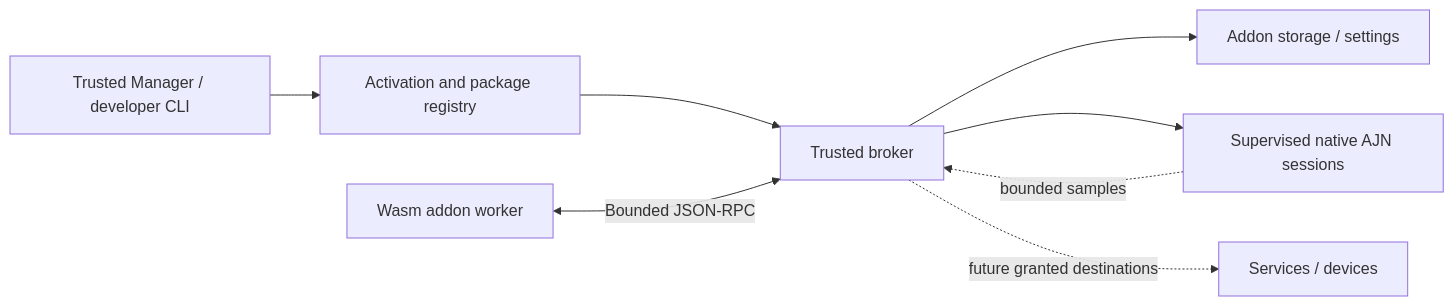
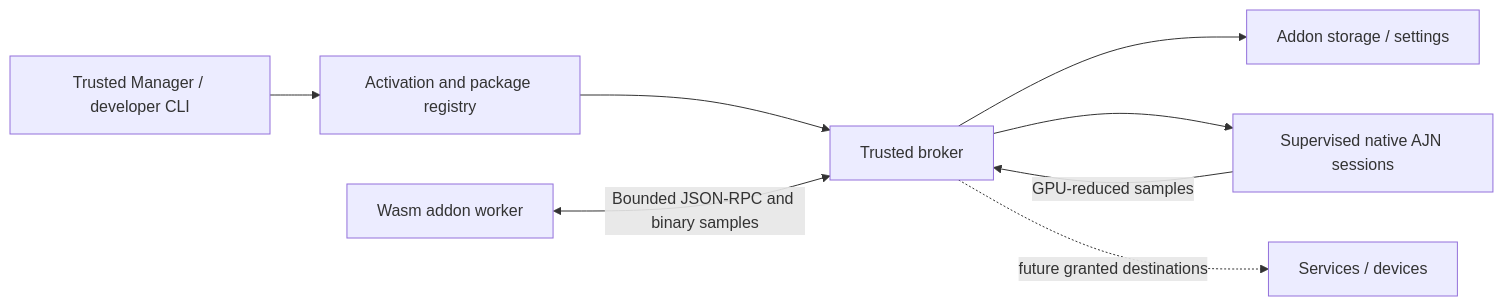
One commit to 422415/mpv-AnimeJaNai changed the diagram in addons/ARCHITECTURE.md. Above: the diagram before and after it, drawn with Mermaid. The commit also changed other lines of this file and 35 other files, not shown here.

First line of the commit message:
Add isolated GPU frame samples and coalesced addon timers

````diff
--- a/addons/ARCHITECTURE.md
+++ b/addons/ARCHITECTURE.md
@@ -5,10 +5,10 @@
 ```mermaid
 flowchart LR
     UI[Trusted Manager / developer CLI] --> Life[Activation and package registry]
     Life --> Host[Trusted broker]
-    Guest[Wasm addon worker] <-->|Bounded JSON-RPC| Host
+    Guest[Wasm addon worker] <-->|Bounded JSON-RPC and binary samples| Host
     Host --> Data[Addon storage / settings]
     Host --> Sessions[Supervised native AJN sessions]
-    Sessions -. bounded samples .-> Host
+    Sessions -->|GPU-reduced samples| Host
     Host -. future granted destinations .-> Devices[Services / devices]
 ```
````
